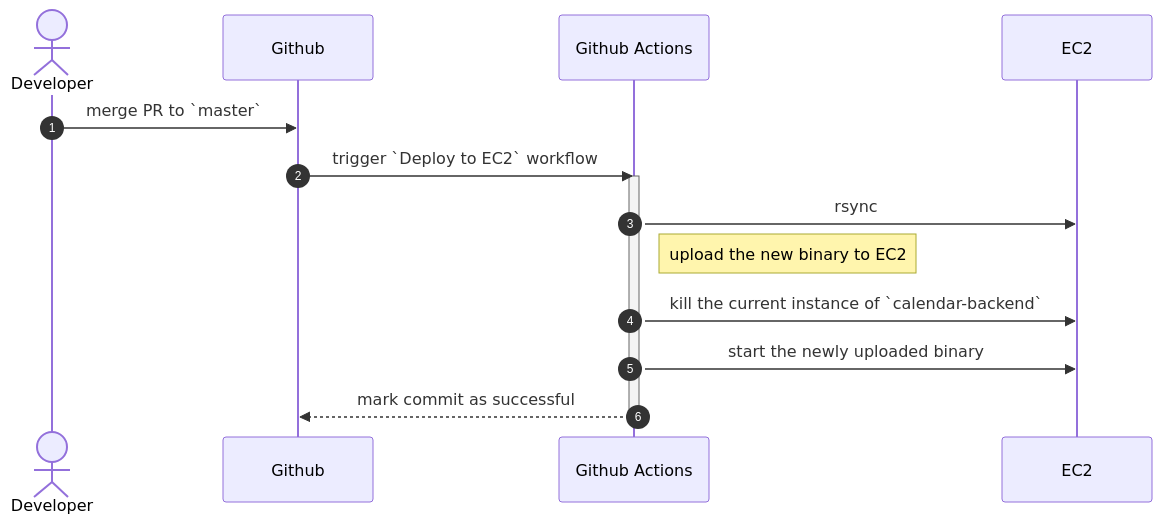
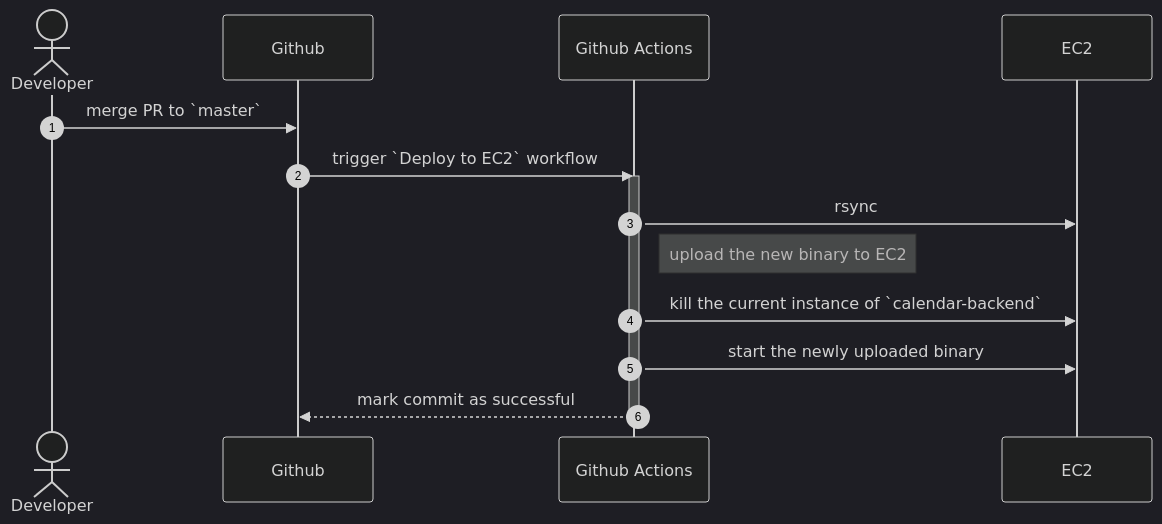
The diagram in src/decisions/0001-calendar-backend-ci-cd.md (calendar-team/calendar-docs), drawn with Mermaid before and after one commit. The commit also changed 2 other files, not shown here.

Commit message:
Add EC2 deployment process documentaion

````diff
--- a/src/decisions/0001-calendar-backend-ci-cd.md
+++ b/src/decisions/0001-calendar-backend-ci-cd.md
@@ -60,17 +60,18 @@
 ```mermaid
+%%{init: {'theme':'dark'}}%%
 sequenceDiagram
     autonumber
     actor D as Developer
     participant G as Github
     D->>G: merge PR to `master`
     participant GA as Github Actions
     G->>GA: trigger `Deploy to EC2` workflow
     activate GA
     participant EC2
     GA->>EC2: rsync
     Note right of GA: upload the new binary to EC2
     GA->>EC2: kill the current instance of `calendar-backend`
     GA->>EC2: start the newly uploaded binary
     GA-->>G: mark commit as successful
     deactivate GA
 ```
````
